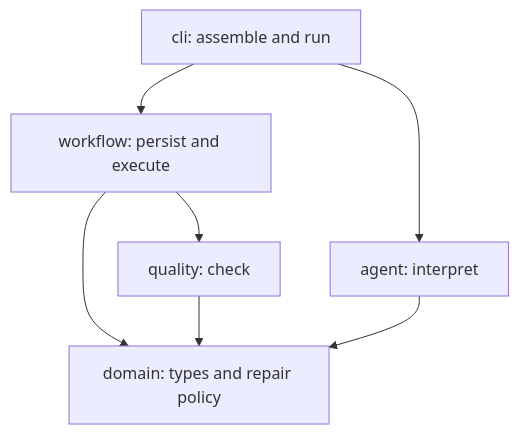
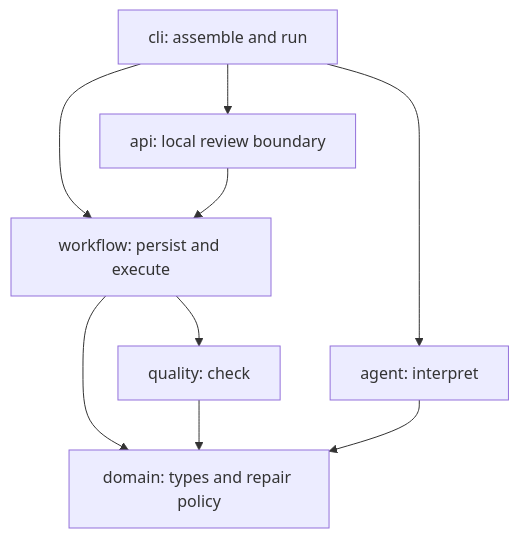
One commit to woolnerd/media-qc-agent changed the diagram in docs/README.md. Above: the diagram before and after it, drawn with Mermaid. The commit also changed other lines of this file and 18 other files, not shown here.

Commit message:
feat(api): expose synthetic scenarios and guarded review actions

````diff
--- a/docs/README.md
+++ b/docs/README.md
@@ -27,9 +29,11 @@
 ```mermaid
 flowchart TD
     CLI[cli: assemble and run] --> Agent[agent: interpret]
     CLI --> Workflow[workflow: persist and execute]
+    CLI --> API[api: local review boundary]
+    API --> Workflow
     Workflow --> Quality[quality: check]
     Workflow --> Domain[domain: types and repair policy]
     Quality --> Domain
     Agent --> Domain
 ```
````
